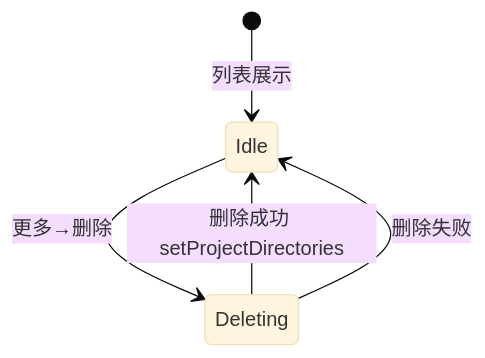
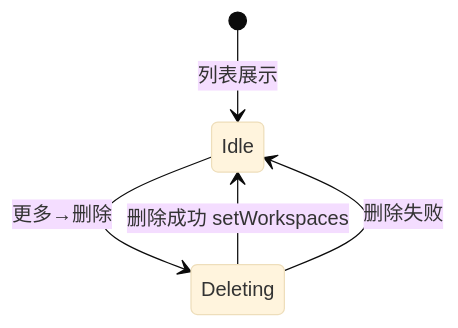
The fourth of 4 diagrams in frontend/src/help/pages/ws-delete.md (weibaohui/ntd), drawn with Mermaid (base theme) before and after one commit. The commit also changed other lines of this file and 122 other files, not shown here.

````diff
--- a/frontend/src/help/pages/ws-delete.md
+++ b/frontend/src/help/pages/ws-delete.md
@@ -41,7 +41,7 @@
 ```mermaid
 stateDiagram-v2
   [*] --> Idle: 列表展示
   Idle --> Deleting: 更多→删除
-  Deleting --> Idle: 删除成功 setProjectDirectories
+  Deleting --> Idle: 删除成功 setWorkspaces
   Deleting --> Idle: 删除失败
 ```
````
